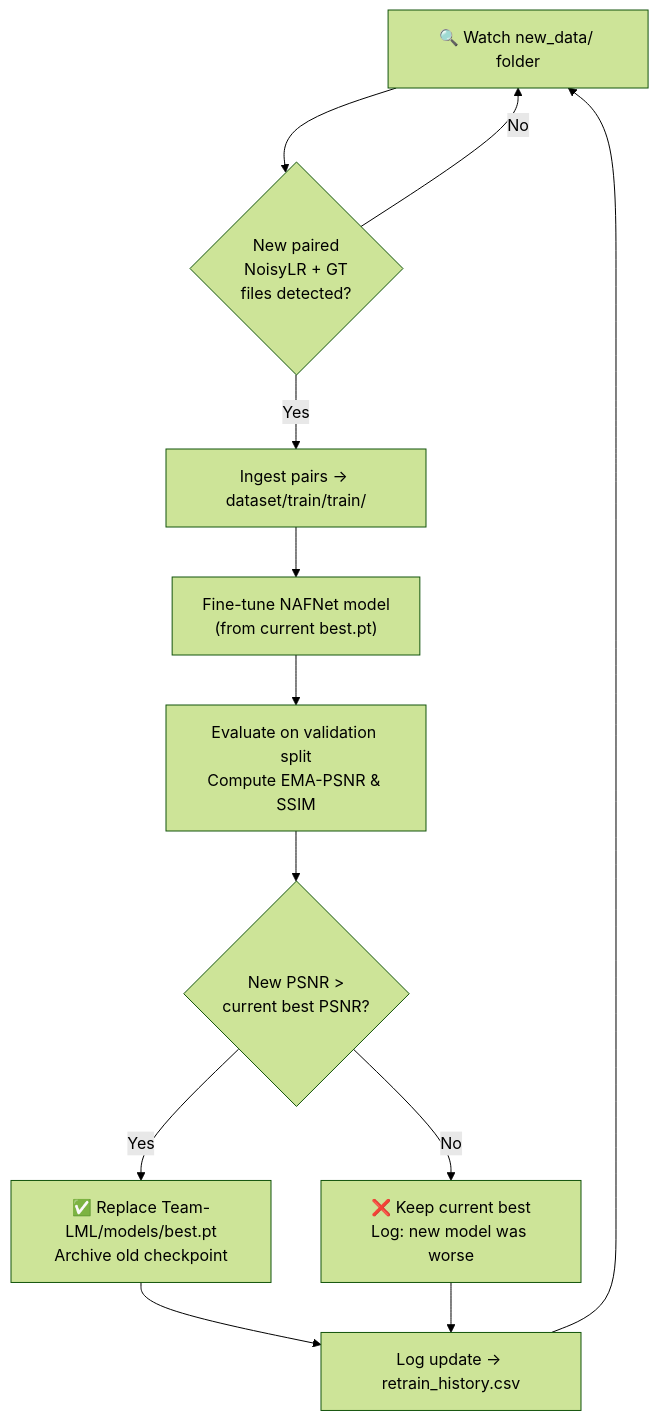
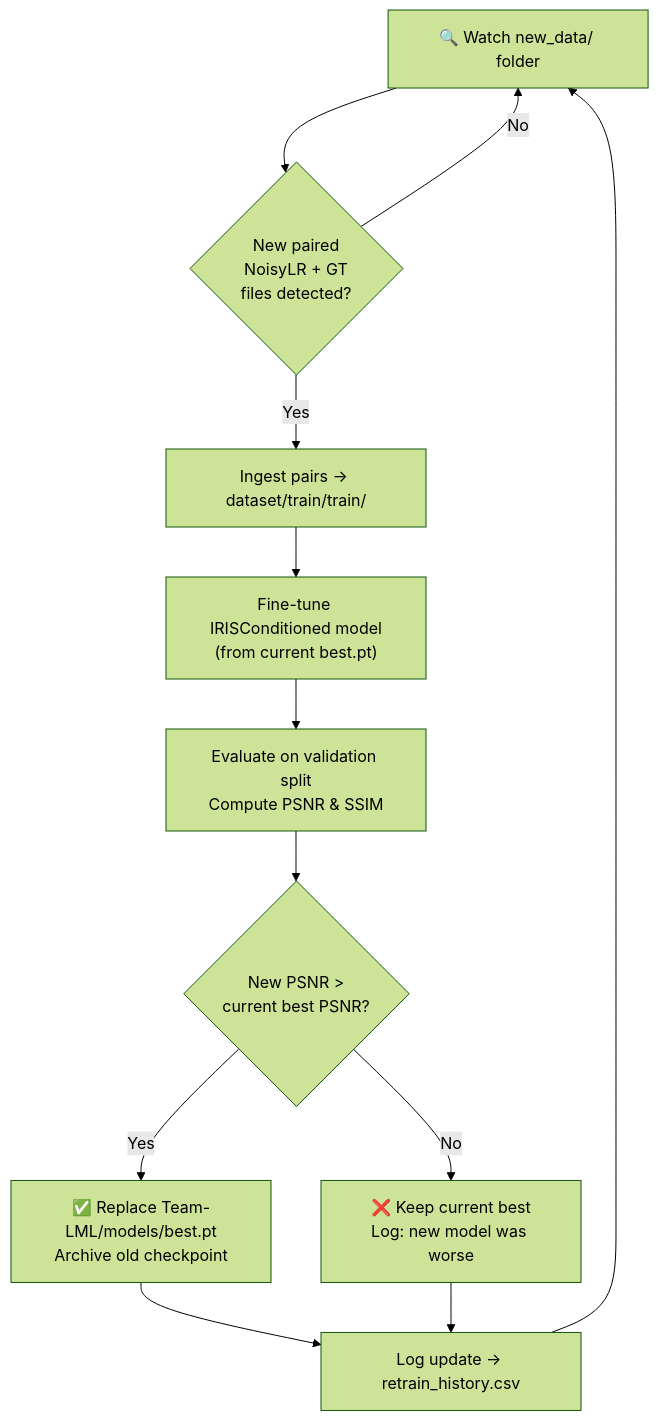
The diagram in README.md (Pradyunkm/IRIS-Restoration), drawn with Mermaid (forest theme) before and after one commit. The commit also changed other lines of this file and 10 other files, not shown here.

First line of the commit message:
refactor: drop Exp6/NAFNet, promote Exp5 IRISConditioned as best model

````diff
--- a/README.md
+++ b/README.md
@@ -108,14 +108,14 @@
 ```mermaid
 flowchart TD
     A["🔍 Watch new_data/ folder"] --> B{"New paired\nNoisyLR + GT\nfiles detected?"}
     B -- No --> A
     B -- Yes --> C["Ingest pairs → dataset/train/train/"]
-    C --> D["Fine-tune NAFNet model\n(from current best.pt)"]
-    D --> E["Evaluate on validation split\nCompute EMA-PSNR & SSIM"]
+    C --> D["Fine-tune IRISConditioned model\n(from current best.pt)"]
+    D --> E["Evaluate on validation split\nCompute PSNR & SSIM"]
     E --> F{"New PSNR >\ncurrent best PSNR?"}
     F -- Yes --> G["✅ Replace Team-LML/models/best.pt\nArchive old checkpoint"]
     F -- No --> H["❌ Keep current best\nLog: new model was worse"]
     G --> I["Log update → retrain_history.csv"]
     H --> I
     I --> A
 ```
````
